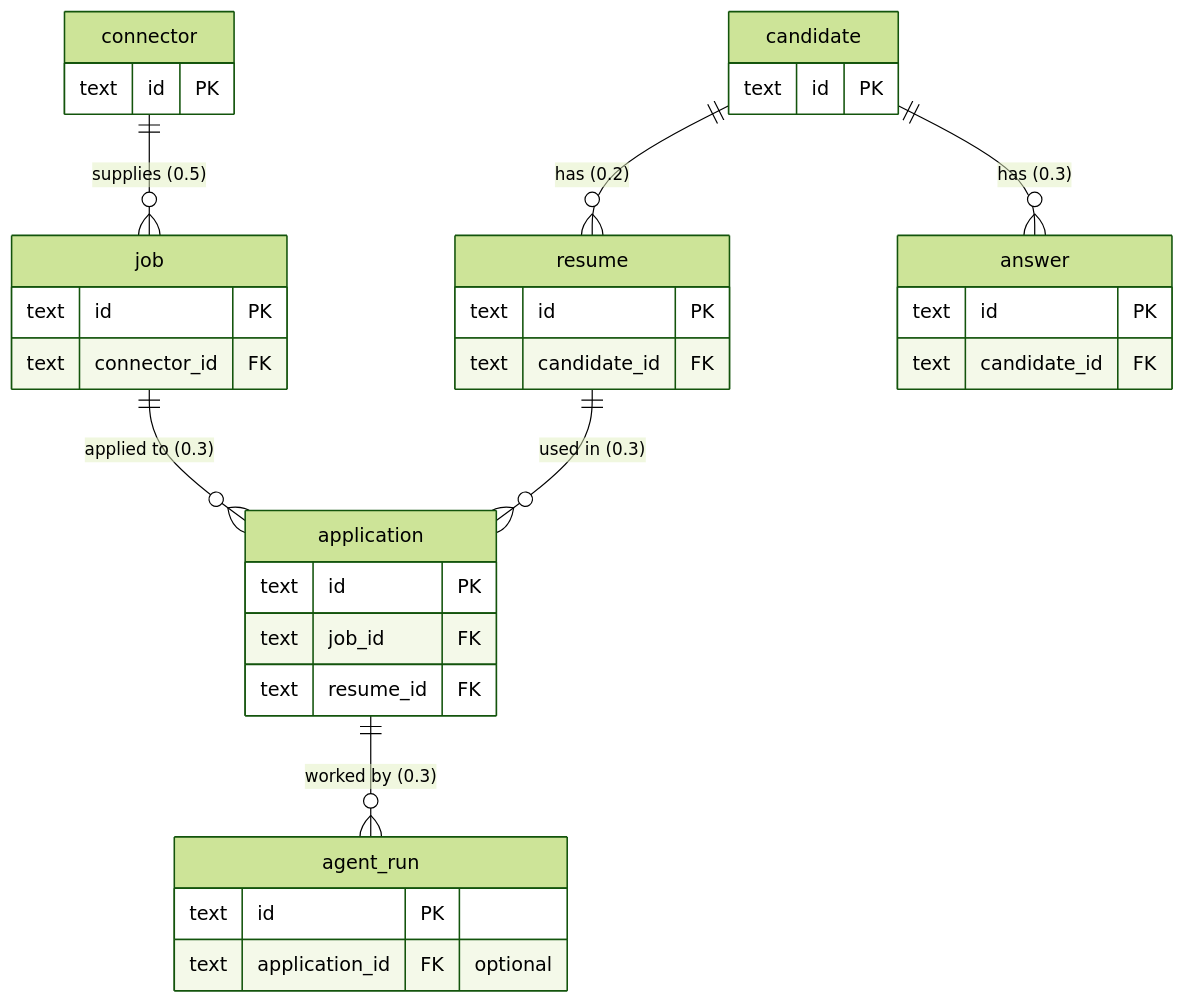
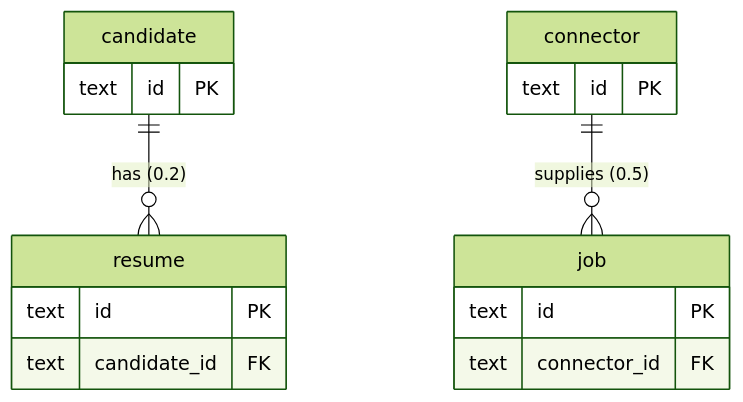
One commit to gvsrusa/jobpilot changed the second of 2 diagrams in docs/database-schema.md. Above: the diagram before and after it, drawn with Mermaid (forest theme). The commit also changed other lines of this file and 24 other files, not shown here.

First line of the commit message:
docs: Release 0.3 gates, schema, threat model, wireframes, and version 0.3.0

````diff
--- a/docs/database-schema.md
+++ b/docs/database-schema.md
@@ -243,36 +258,19 @@
 ```mermaid
 erDiagram
     candidate {
         text id PK
     }
     resume {
         text id PK
         text candidate_id FK
     }
     connector {
         text id PK
     }
     job {
         text id PK
         text connector_id FK
     }
-    application {
-        text id PK
-        text job_id FK
-        text resume_id FK
-    }
-    answer {
-        text id PK
-        text candidate_id FK
-    }
-    agent_run {
-        text id PK
-        text application_id FK "optional"
-    }
     candidate ||--o{ resume : "has (0.2)"
-    candidate ||--o{ answer : "has (0.3)"
     connector ||--o{ job : "supplies (0.5)"
-    job ||--o{ application : "applied to (0.3)"
-    resume ||--o{ application : "used in (0.3)"
-    application ||--o{ agent_run : "worked by (0.3)"
 ```
````
